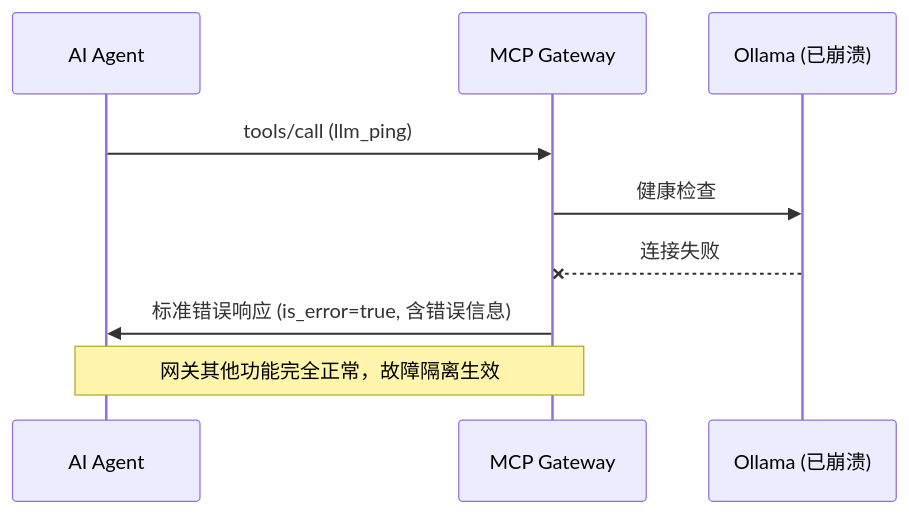
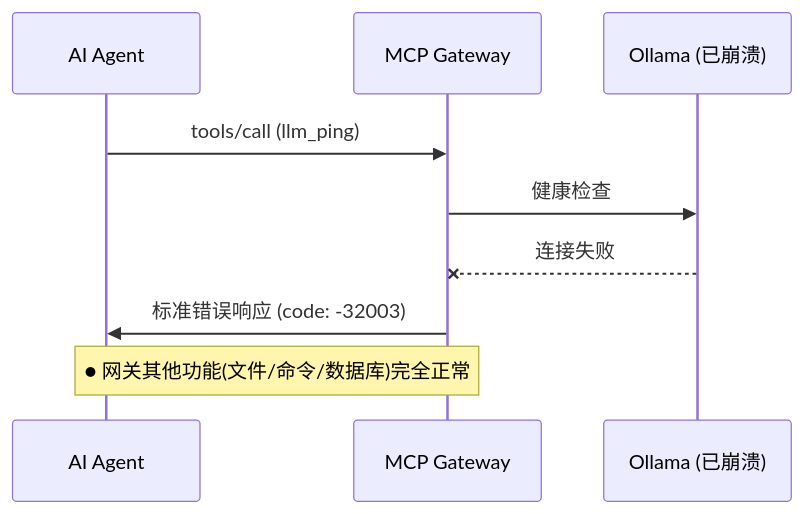
Before and after one commit to wuwo1979/agent: the third of 3 diagrams in README.md, drawn with Mermaid. The commit also changed other lines of this file and 10 other files, not shown here.

First line of the commit message:
refactor: 全面替换AI概念图为实测截图 + 补充架构图/性能图/配置模板/错误码文档

````diff
--- a/README.md
+++ b/README.md
@@ -132,12 +172,12 @@
 ```mermaid
 sequenceDiagram
   participant Agent as AI Agent
   participant Gateway as MCP Gateway
   participant Ollama as Ollama (已崩溃)
 
   Agent->>Gateway: tools/call (llm_ping)
   Gateway->>Ollama: 健康检查
   Ollama--xGateway: 连接失败
-  Gateway->>Agent: 标准错误响应 (is_error=true, 含错误信息)
-  Note over Agent,Gateway: 网关其他功能完全正常，故障隔离生效
+  Gateway->>Agent: 标准错误响应 (code: -32003)
+  Note over Agent,Gateway: ● 网关其他功能(文件/命令/数据库)完全正常
 ```
````
